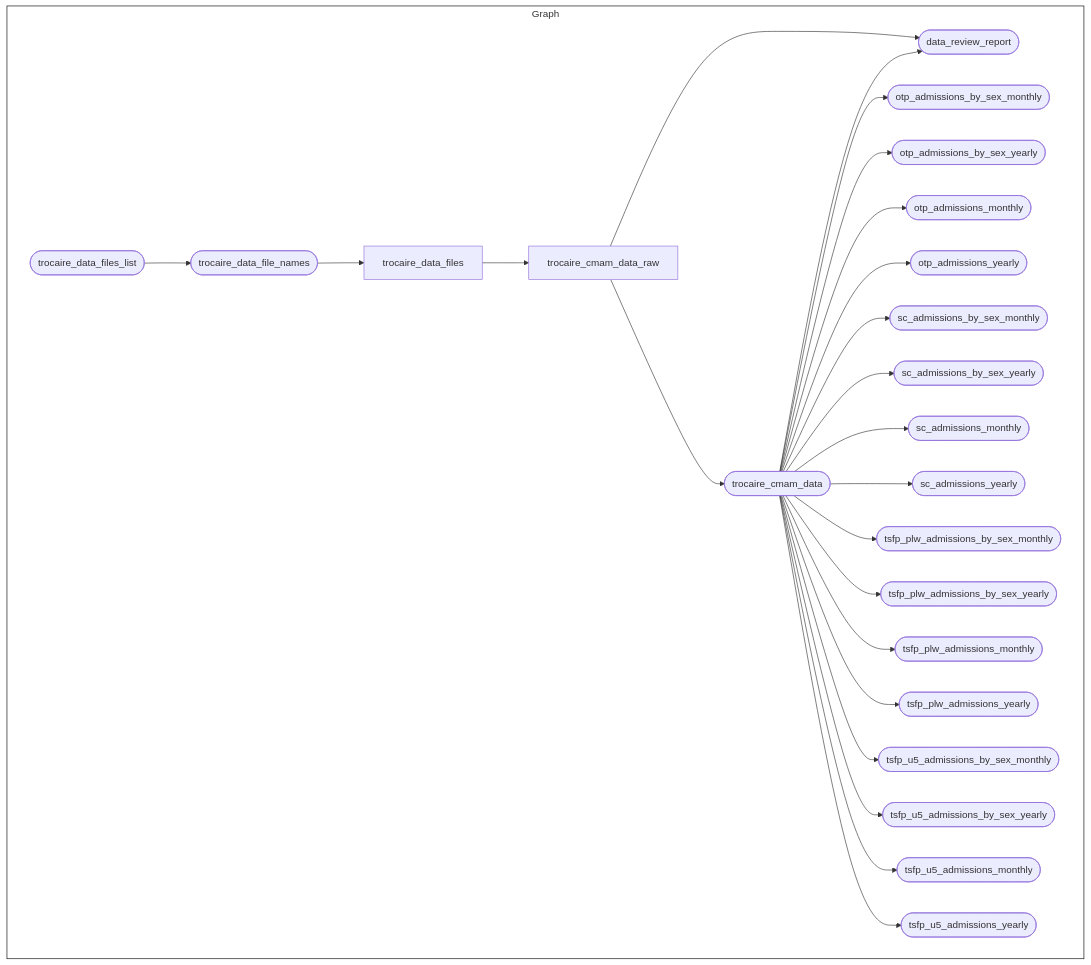
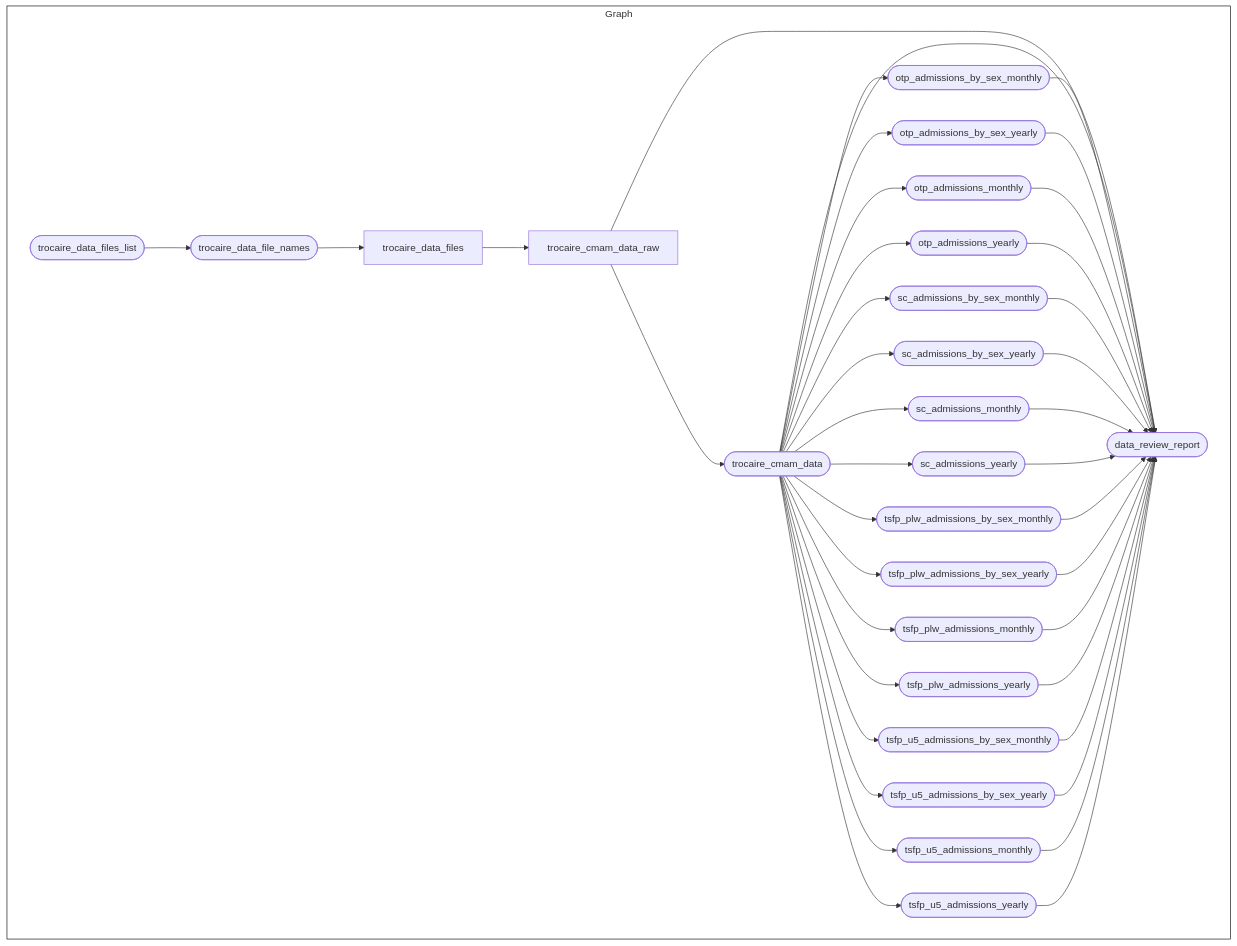
The diagram in README.md (OxfordIHTM/trocaire-cmam-analytics), drawn with Mermaid before and after one commit. The commit also changed other lines of this file and 1 other file, not shown here.

Commit message:
add Zenodo badge; fix #36

````diff
--- a/README.md
+++ b/README.md
@@ -155,30 +156,46 @@
 ``` mermaid
 graph LR
   style Graph fill:#FFFFFF00,stroke:#000000;
   subgraph Graph
     direction LR
-    x49ad837c8662aacd(["trocaire_cmam_data"]):::skipped --> xf69487b7eb1bdf74(["data_review_report"]):::completed
-    xefcb70fd373e934d["trocaire_cmam_data_raw"]:::skipped --> xf69487b7eb1bdf74(["data_review_report"]):::completed
-    x49ad837c8662aacd(["trocaire_cmam_data"]):::skipped --> xe1cb52acd9cb733d(["otp_admissions_by_sex_monthly"]):::skipped
-    x49ad837c8662aacd(["trocaire_cmam_data"]):::skipped --> xc5234a98b2b6e9c0(["otp_admissions_by_sex_yearly"]):::skipped
-    x49ad837c8662aacd(["trocaire_cmam_data"]):::skipped --> x211a3b39dfafa3b3(["otp_admissions_monthly"]):::skipped
-    x49ad837c8662aacd(["trocaire_cmam_data"]):::skipped --> x7278532b2bc29c60(["otp_admissions_yearly"]):::skipped
-    x49ad837c8662aacd(["trocaire_cmam_data"]):::skipped --> x11cedfe9795e0456(["sc_admissions_by_sex_monthly"]):::skipped
-    x49ad837c8662aacd(["trocaire_cmam_data"]):::skipped --> xe8b2466bc3ec193d(["sc_admissions_by_sex_yearly"]):::skipped
-    x49ad837c8662aacd(["trocaire_cmam_data"]):::skipped --> x51516c5a51bc6f72(["sc_admissions_monthly"]):::skipped
-    x49ad837c8662aacd(["trocaire_cmam_data"]):::skipped --> xd02d1bbb0c19e187(["sc_admissions_yearly"]):::skipped
-    xefcb70fd373e934d["trocaire_cmam_data_raw"]:::skipped --> x49ad837c8662aacd(["trocaire_cmam_data"]):::skipped
-    xab2ef7d5cf8c2a5a["trocaire_data_files"]:::skipped --> xefcb70fd373e934d["trocaire_cmam_data_raw"]:::skipped
+    xe1cb52acd9cb733d(["otp_admissions_by_sex_monthly"]):::completed --> xf69487b7eb1bdf74(["data_review_report"]):::completed
+    xc5234a98b2b6e9c0(["otp_admissions_by_sex_yearly"]):::completed --> xf69487b7eb1bdf74(["data_review_report"]):::completed
+    x211a3b39dfafa3b3(["otp_admissions_monthly"]):::completed --> xf69487b7eb1bdf74(["data_review_report"]):::completed
+    x7278532b2bc29c60(["otp_admissions_yearly"]):::completed --> xf69487b7eb1bdf74(["data_review_report"]):::completed
+    x11cedfe9795e0456(["sc_admissions_by_sex_monthly"]):::completed --> xf69487b7eb1bdf74(["data_review_report"]):::completed
+    xe8b2466bc3ec193d(["sc_admissions_by_sex_yearly"]):::completed --> xf69487b7eb1bdf74(["data_review_report"]):::completed
+    x51516c5a51bc6f72(["sc_admissions_monthly"]):::completed --> xf69487b7eb1bdf74(["data_review_report"]):::completed
+    xd02d1bbb0c19e187(["sc_admissions_yearly"]):::completed --> xf69487b7eb1bdf74(["data_review_report"]):::completed
+    x15baf61e9ffb2262(["tsfp_u5_admissions_by_sex_monthly"]):::completed --> xf69487b7eb1bdf74(["data_review_report"]):::completed
+    x7b12cae56451f5ec(["tsfp_u5_admissions_by_sex_yearly"]):::completed --> xf69487b7eb1bdf74(["data_review_report"]):::completed
+    x7b6f17b702e81898(["tsfp_u5_admissions_monthly"]):::completed --> xf69487b7eb1bdf74(["data_review_report"]):::completed
+    x6bc4301a20d74330(["tsfp_u5_admissions_yearly"]):::completed --> xf69487b7eb1bdf74(["data_review_report"]):::completed
+    xefcb70fd373e934d["trocaire_cmam_data_raw"]:::completed --> xf69487b7eb1bdf74(["data_review_report"]):::completed
+    xbd3f23f4f80bc001(["tsfp_plw_admissions_by_sex_monthly"]):::completed --> xf69487b7eb1bdf74(["data_review_report"]):::completed
+    xa4028d0478a08c4a(["tsfp_plw_admissions_by_sex_yearly"]):::completed --> xf69487b7eb1bdf74(["data_review_report"]):::completed
+    x49ad837c8662aacd(["trocaire_cmam_data"]):::completed --> xf69487b7eb1bdf74(["data_review_report"]):::completed
+    x77f2fe6f084dca2c(["tsfp_plw_admissions_yearly"]):::completed --> xf69487b7eb1bdf74(["data_review_report"]):::completed
+    xc8e187d255805f46(["tsfp_plw_admissions_monthly"]):::completed --> xf69487b7eb1bdf74(["data_review_report"]):::completed
+    x49ad837c8662aacd(["trocaire_cmam_data"]):::completed --> xe1cb52acd9cb733d(["otp_admissions_by_sex_monthly"]):::completed
+    x49ad837c8662aacd(["trocaire_cmam_data"]):::completed --> xc5234a98b2b6e9c0(["otp_admissions_by_sex_yearly"]):::completed
+    x49ad837c8662aacd(["trocaire_cmam_data"]):::completed --> x211a3b39dfafa3b3(["otp_admissions_monthly"]):::completed
+    x49ad837c8662aacd(["trocaire_cmam_data"]):::completed --> x7278532b2bc29c60(["otp_admissions_yearly"]):::completed
+    x49ad837c8662aacd(["trocaire_cmam_data"]):::completed --> x11cedfe9795e0456(["sc_admissions_by_sex_monthly"]):::completed
+    x49ad837c8662aacd(["trocaire_cmam_data"]):::completed --> xe8b2466bc3ec193d(["sc_admissions_by_sex_yearly"]):::completed
+    x49ad837c8662aacd(["trocaire_cmam_data"]):::completed --> x51516c5a51bc6f72(["sc_admissions_monthly"]):::completed
+    x49ad837c8662aacd(["trocaire_cmam_data"]):::completed --> xd02d1bbb0c19e187(["sc_admissions_yearly"]):::completed
+    xefcb70fd373e934d["trocaire_cmam_data_raw"]:::completed --> x49ad837c8662aacd(["trocaire_cmam_data"]):::completed
+    xab2ef7d5cf8c2a5a["trocaire_data_files"]:::completed --> xefcb70fd373e934d["trocaire_cmam_data_raw"]:::completed
     x768c673cc9e63582(["trocaire_data_files_list"]):::completed --> x2de3516cf4485518(["trocaire_data_file_names"]):::completed
-    x2de3516cf4485518(["trocaire_data_file_names"]):::completed --> xab2ef7d5cf8c2a5a["trocaire_data_files"]:::skipped
-    x49ad837c8662aacd(["trocaire_cmam_data"]):::skipped --> xbd3f23f4f80bc001(["tsfp_plw_admissions_by_sex_monthly"]):::skipped
-    x49ad837c8662aacd(["trocaire_cmam_data"]):::skipped --> xa4028d0478a08c4a(["tsfp_plw_admissions_by_sex_yearly"]):::skipped
-    x49ad837c8662aacd(["trocaire_cmam_data"]):::skipped --> xc8e187d255805f46(["tsfp_plw_admissions_monthly"]):::skipped
-    x49ad837c8662aacd(["trocaire_cmam_data"]):::skipped --> x77f2fe6f084dca2c(["tsfp_plw_admissions_yearly"]):::skipped
-    x49ad837c8662aacd(["trocaire_cmam_data"]):::skipped --> x15baf61e9ffb2262(["tsfp_u5_admissions_by_sex_monthly"]):::skipped
-    x49ad837c8662aacd(["trocaire_cmam_data"]):::skipped --> x7b12cae56451f5ec(["tsfp_u5_admissions_by_sex_yearly"]):::skipped
-    x49ad837c8662aacd(["trocaire_cmam_data"]):::skipped --> x7b6f17b702e81898(["tsfp_u5_admissions_monthly"]):::skipped
-    x49ad837c8662aacd(["trocaire_cmam_data"]):::skipped --> x6bc4301a20d74330(["tsfp_u5_admissions_yearly"]):::skipped
+    x2de3516cf4485518(["trocaire_data_file_names"]):::completed --> xab2ef7d5cf8c2a5a["trocaire_data_files"]:::completed
+    x49ad837c8662aacd(["trocaire_cmam_data"]):::completed --> xbd3f23f4f80bc001(["tsfp_plw_admissions_by_sex_monthly"]):::completed
+    x49ad837c8662aacd(["trocaire_cmam_data"]):::completed --> xa4028d0478a08c4a(["tsfp_plw_admissions_by_sex_yearly"]):::completed
+    x49ad837c8662aacd(["trocaire_cmam_data"]):::completed --> xc8e187d255805f46(["tsfp_plw_admissions_monthly"]):::completed
+    x49ad837c8662aacd(["trocaire_cmam_data"]):::completed --> x77f2fe6f084dca2c(["tsfp_plw_admissions_yearly"]):::completed
+    x49ad837c8662aacd(["trocaire_cmam_data"]):::completed --> x15baf61e9ffb2262(["tsfp_u5_admissions_by_sex_monthly"]):::completed
+    x49ad837c8662aacd(["trocaire_cmam_data"]):::completed --> x7b12cae56451f5ec(["tsfp_u5_admissions_by_sex_yearly"]):::completed
+    x49ad837c8662aacd(["trocaire_cmam_data"]):::completed --> x7b6f17b702e81898(["tsfp_u5_admissions_monthly"]):::completed
+    x49ad837c8662aacd(["trocaire_cmam_data"]):::completed --> x6bc4301a20d74330(["tsfp_u5_admissions_yearly"]):::completed
     
   end
 ```
````
